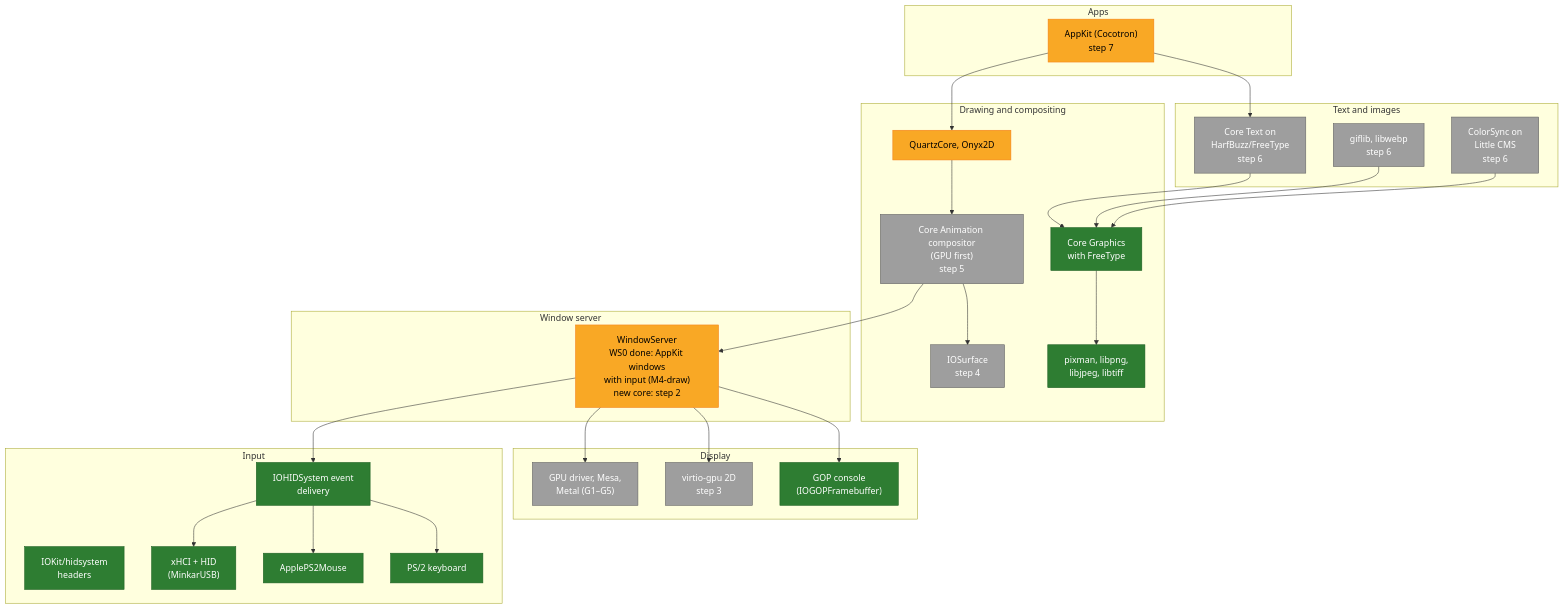
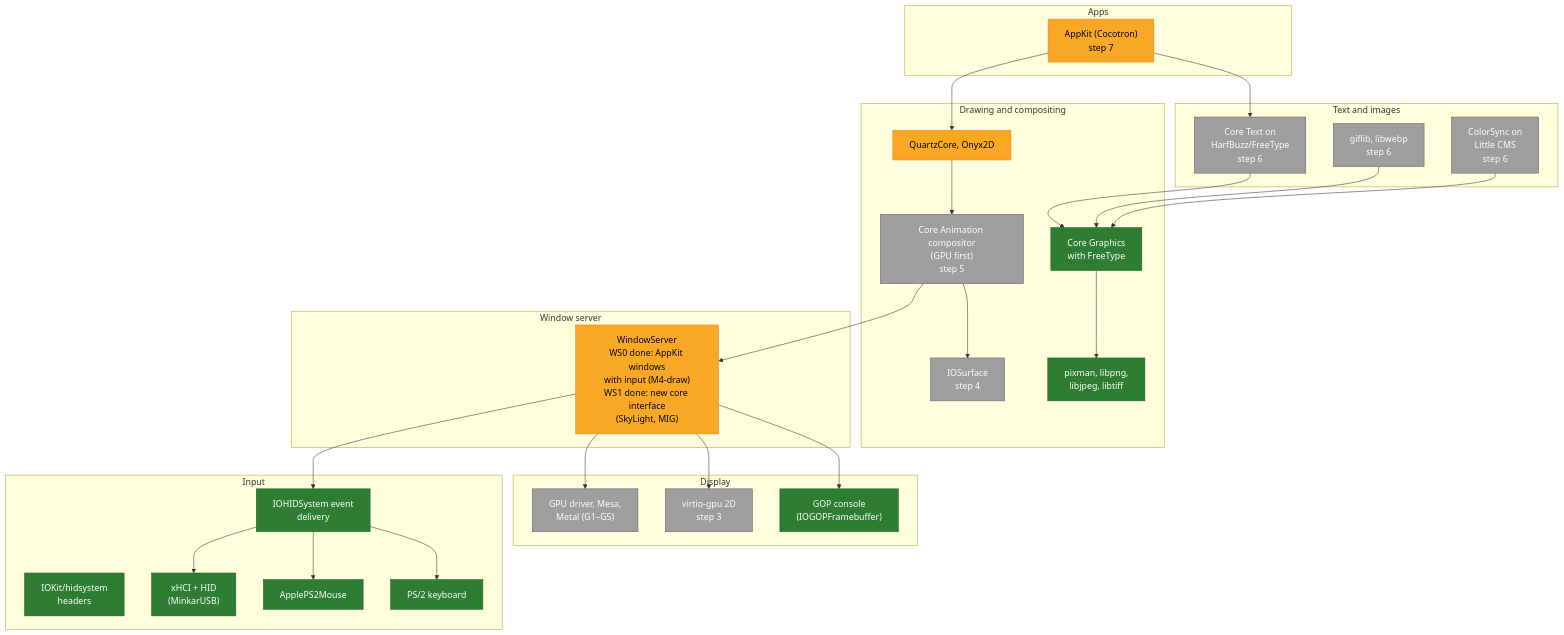
Before and after one commit to minkaros/minkar: the third of 4 diagrams in Docs/Progress.md, drawn with Mermaid. The commit also changed other lines of this file and 5 other files, not shown here.

First line of the commit message:
Docs: WS1 done (the new core's interface and server, SkyLight)

````diff
--- a/Docs/Progress.md
+++ b/Docs/Progress.md
@@ -73,48 +73,48 @@
 ```mermaid
 flowchart TB
     subgraph APPS["Apps"]
         AK["AppKit (Cocotron)<br/>step 7"]:::partial
     end
     subgraph TEXT["Text and images"]
         CT["Core Text on<br/>HarfBuzz/FreeType<br/>step 6"]:::todo
         IMG["giflib, libwebp<br/>step 6"]:::todo
         CS["ColorSync on<br/>Little CMS<br/>step 6"]:::todo
     end
     subgraph DRAW["Drawing and compositing"]
         CG["Core Graphics<br/>with FreeType"]:::done
         LIBS["pixman, libpng,<br/>libjpeg, libtiff"]:::done
         QC["QuartzCore, Onyx2D"]:::partial
         CA["Core Animation compositor<br/>(GPU first)<br/>step 5"]:::todo
         IOS["IOSurface<br/>step 4"]:::todo
     end
     subgraph SERVER["Window server"]
-        WS["WindowServer<br/>WS0 done: AppKit windows<br/>with input (M4-draw)<br/>new core: step 2"]:::partial
+        WS["WindowServer<br/>WS0 done: AppKit windows<br/>with input (M4-draw)<br/>WS1 done: new core interface<br/>(SkyLight, MIG)"]:::partial
     end
     subgraph INPUT["Input"]
         HIDH["IOKit/hidsystem<br/>headers"]:::done
         USB["xHCI + HID<br/>(MinkarUSB)"]:::done
         KBD["PS/2 keyboard"]:::done
         MOUSE["ApplePS2Mouse"]:::done
         HIDS["IOHIDSystem event<br/>delivery"]:::done
     end
     subgraph DISPLAY["Display"]
         GOP["GOP console<br/>(IOGOPFramebuffer)"]:::done
         VGPU["virtio-gpu 2D<br/>step 3"]:::todo
         GPUD["GPU driver, Mesa,<br/>Metal (G1–G5)"]:::todo
     end
 
     AK --> CT & QC
     CT --> CG
     QC --> CA --> IOS
     CA --> WS
     WS --> GOP & VGPU & GPUD
     WS --> HIDS
     HIDS --> KBD & MOUSE & USB
     CG --> LIBS
     IMG --> CG
     CS --> CG
 
     classDef done fill:#2e7d32,stroke:#1b5e20,color:#fff
     classDef partial fill:#f9a825,stroke:#f57f17,color:#000
     classDef todo fill:#9e9e9e,stroke:#616161,color:#fff
 ```
````
